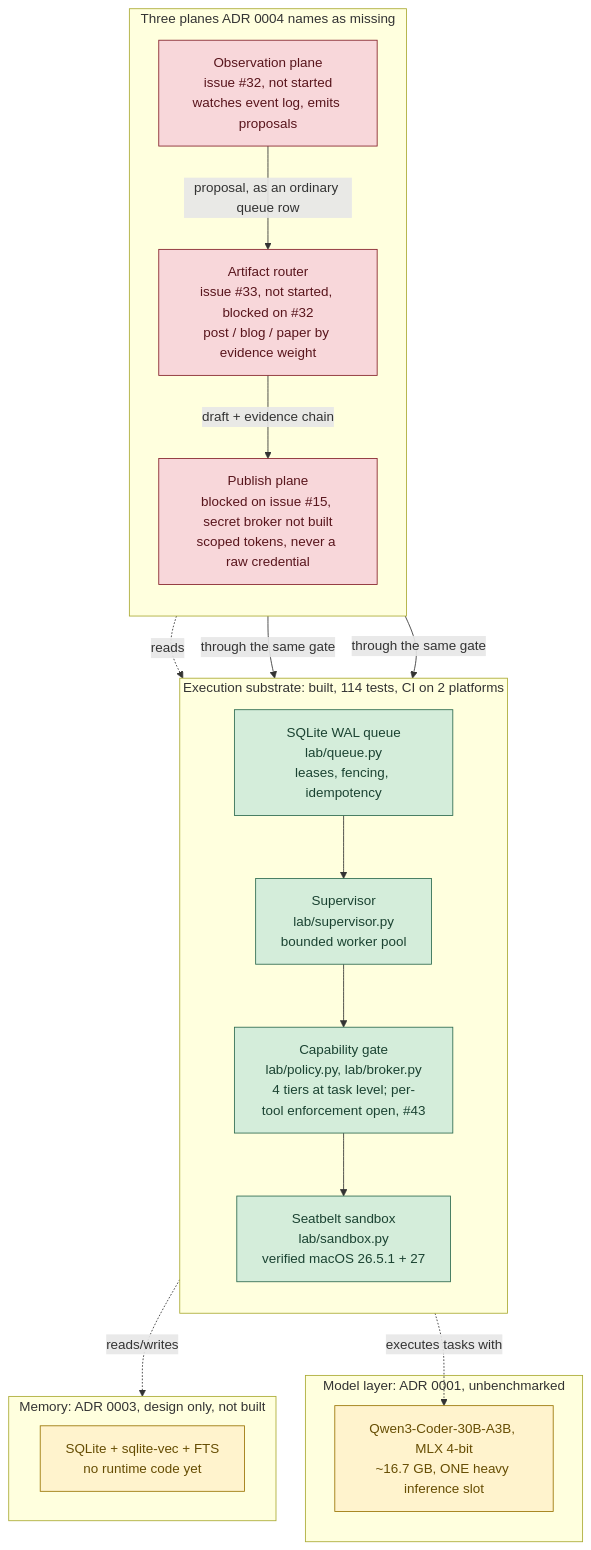
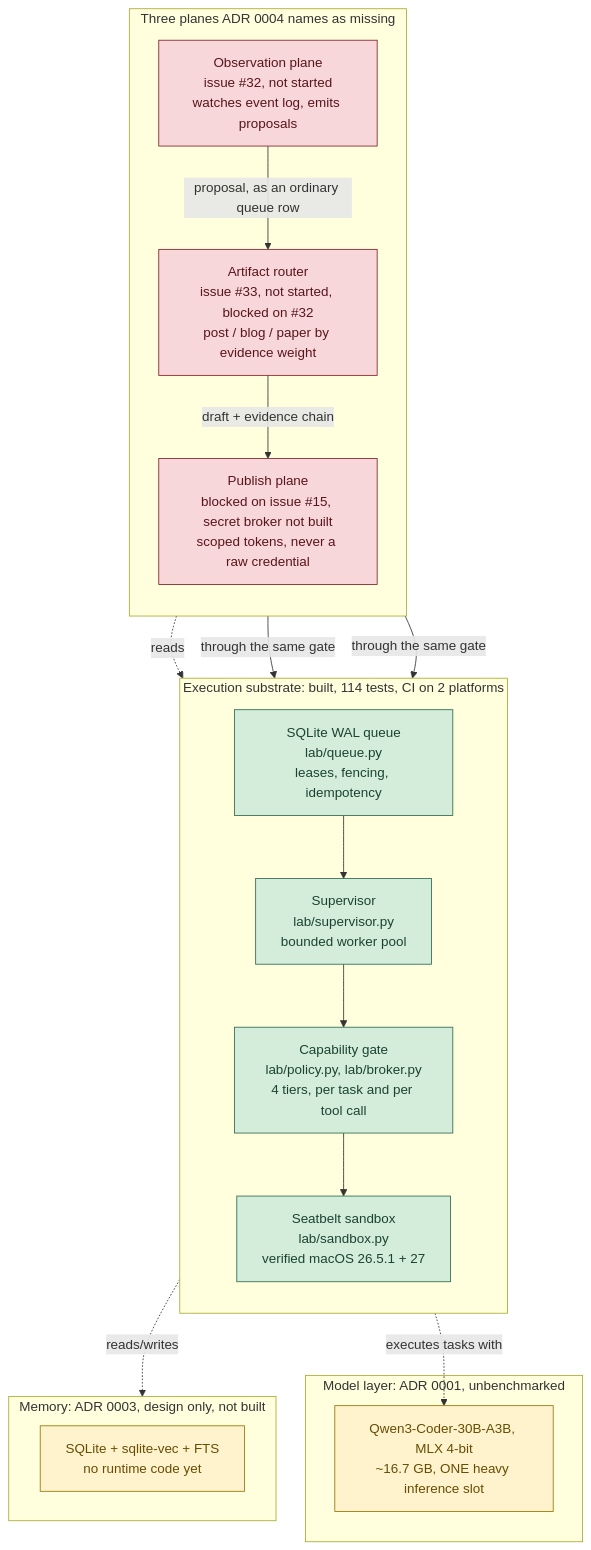
One commit to roshanaryal1/home-lab changed the diagram in docs/ARCHITECTURE.md. Above: the diagram before and after it, drawn with Mermaid. The commit also changed other lines of this file and 7 other files, not shown here.

First line of the commit message:
fix: authorize every tool call against a trusted tier registry (1.1)

````diff
--- a/docs/ARCHITECTURE.md
+++ b/docs/ARCHITECTURE.md
@@ -16,41 +16,41 @@
 ```mermaid
 flowchart TB
     subgraph substrate["Execution substrate: built, 114 tests, CI on 2 platforms"]
         direction TB
         queue["SQLite WAL queue<br/>lab/queue.py<br/>leases, fencing, idempotency"]
         supervisor["Supervisor<br/>lab/supervisor.py<br/>bounded worker pool"]
-        gate["Capability gate<br/>lab/policy.py, lab/broker.py<br/>4 tiers at task level; per-tool enforcement open, #43"]
+        gate["Capability gate<br/>lab/policy.py, lab/broker.py<br/>4 tiers, per task and per tool call"]
         sandbox["Seatbelt sandbox<br/>lab/sandbox.py<br/>verified macOS 26.5.1 + 27"]
         queue --> supervisor --> gate --> sandbox
     end
 
     subgraph model["Model layer: ADR 0001, unbenchmarked"]
         heavy["Qwen3-Coder-30B-A3B, MLX 4-bit<br/>~16.7 GB, ONE heavy inference slot"]
     end
 
     subgraph memory["Memory: ADR 0003, design only, not built"]
         mem["SQLite + sqlite-vec + FTS<br/>no runtime code yet"]
     end
 
     subgraph planes["Three planes ADR 0004 names as missing"]
         direction TB
         obs["Observation plane<br/>issue #32, not started<br/>watches event log, emits proposals"]
         router["Artifact router<br/>issue #33, not started, blocked on #32<br/>post / blog / paper by evidence weight"]
         publish["Publish plane<br/>blocked on issue #15, secret broker not built<br/>scoped tokens, never a raw credential"]
         obs -->|"proposal, as an ordinary queue row"| router
         router -->|"draft + evidence chain"| publish
     end
 
     supervisor -.->|"executes tasks with"| heavy
     supervisor -.->|"reads/writes"| memory
     obs -.->|"reads"| queue
     router -->|"through the same gate"| gate
     publish -->|"through the same gate"| gate
 
     classDef built fill:#d4edda,stroke:#2d6a4f,color:#1b4332
     classDef missing fill:#f8d7da,stroke:#842029,color:#58151c
     classDef designonly fill:#fff3cd,stroke:#997404,color:#664d03
     class queue,supervisor,gate,sandbox built
     class obs,router,publish missing
     class heavy,mem designonly
 ```
````
